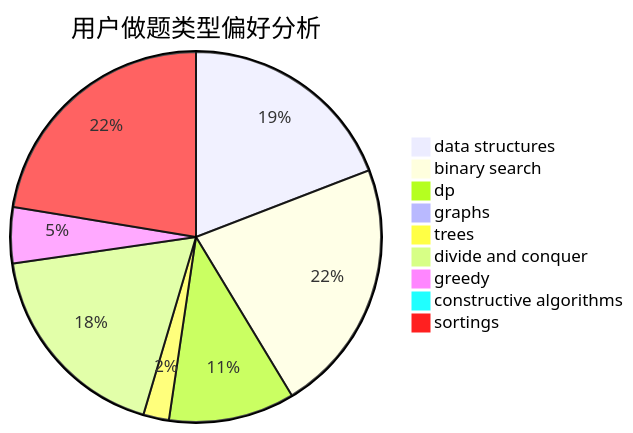
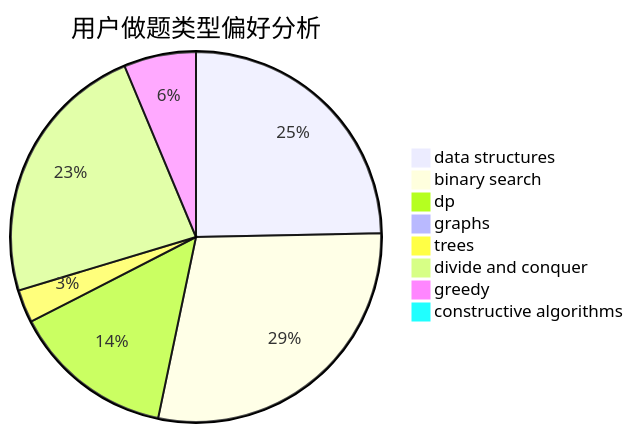
The second of 3 diagrams in docs/user/u161.md (sherpahu/cfrs.github.io), drawn with Mermaid before and after one commit. The commit also changed other lines of this file and 2769 other files, not shown here.

````diff
--- a/docs/user/u161.md
+++ b/docs/user/u161.md
@@ -18,12 +18,11 @@
 ```mermaid
 pie title 用户做题类型偏好分析
     "data structures" :  94
     "binary search" :  109
     "dp" :  54
     "graphs" :  0
     "trees" :  11
     "divide and conquer" :  89
     "greedy" :  24
     "constructive algorithms" :  0
-    "sortings" :  110
 ```
````
